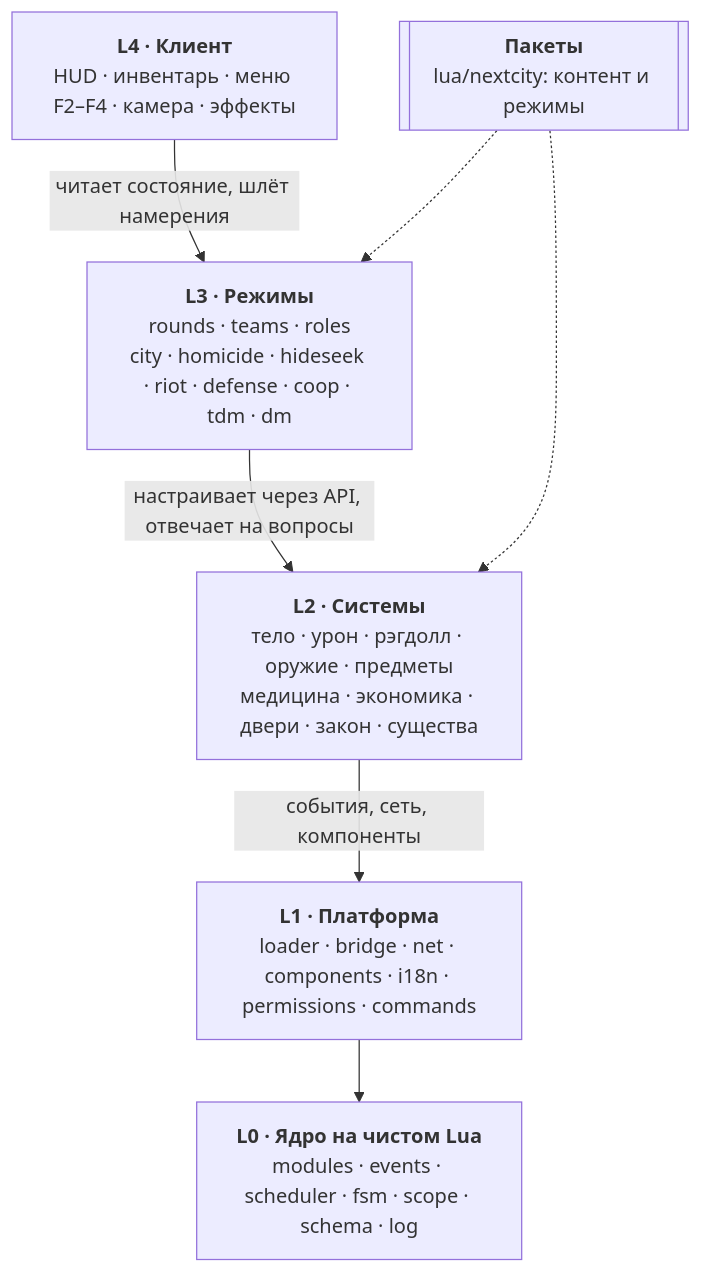
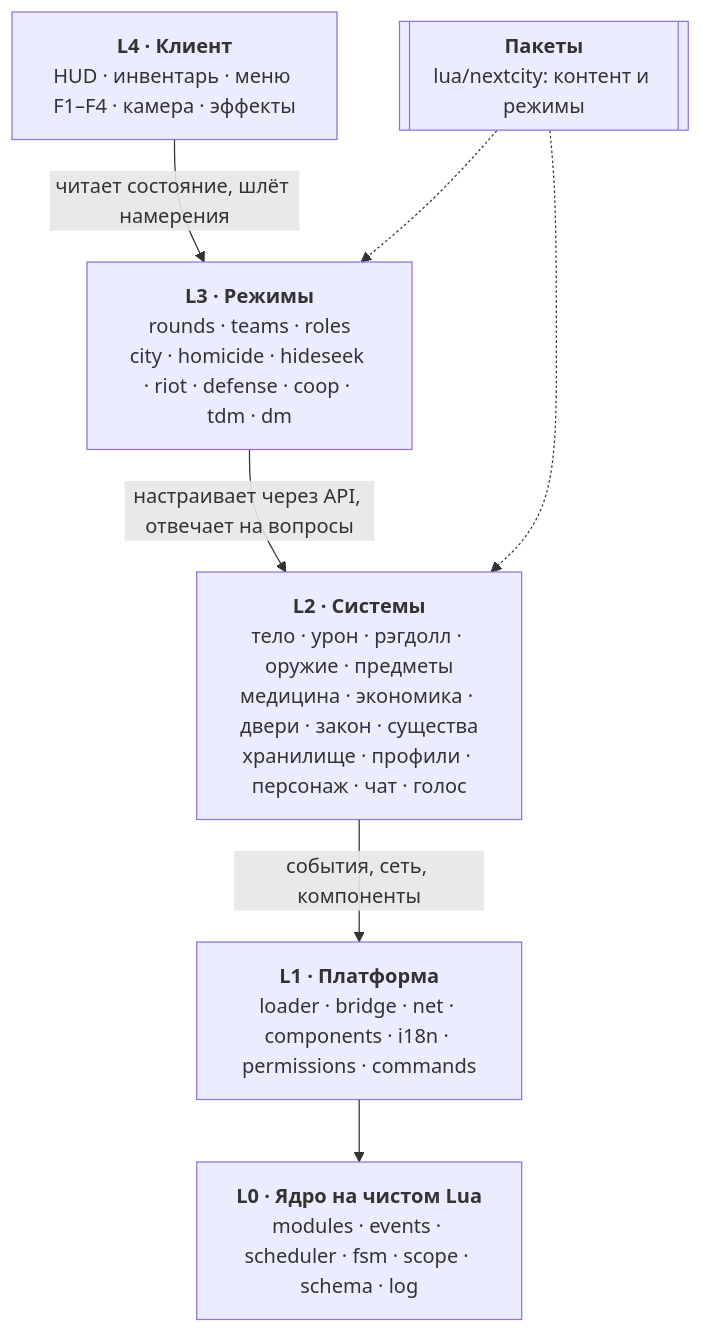
One commit to vovawees/Next-City changed the second of 4 diagrams in README.md. Above: the diagram before and after it, drawn with Mermaid. The commit also changed other lines of this file and 7 other files, not shown here.

Commit message:
docs: M8 services in README, ARCHITECTURE 0.8 (D22-D25), ROADMAP and .ai notes (Closes #36)

````diff
--- a/README.md
+++ b/README.md
@@ -221,15 +221,15 @@
 ```mermaid
 flowchart TB
-  L4["<b>L4 · Клиент</b><br/>HUD · инвентарь · меню F2–F4 · камера · эффекты"]
+  L4["<b>L4 · Клиент</b><br/>HUD · инвентарь · меню F1–F4 · камера · эффекты"]
   L3["<b>L3 · Режимы</b><br/>rounds · teams · roles<br/>city · homicide · hideseek · riot · defense · coop · tdm · dm"]
-  L2["<b>L2 · Системы</b><br/>тело · урон · рэгдолл · оружие · предметы<br/>медицина · экономика · двери · закон · существа"]
+  L2["<b>L2 · Системы</b><br/>тело · урон · рэгдолл · оружие · предметы<br/>медицина · экономика · двери · закон · существа<br/>хранилище · профили · персонаж · чат · голос"]
   L1["<b>L1 · Платформа</b><br/>loader · bridge · net · components · i18n · permissions · commands"]
   L0["<b>L0 · Ядро на чистом Lua</b><br/>modules · events · scheduler · fsm · scope · schema · log"]
   PKG[["<b>Пакеты</b><br/>lua/nextcity: контент и режимы"]]
   L4 -->|"читает состояние, шлёт намерения"| L3
   L3 -->|"настраивает через API, отвечает на вопросы"| L2
   L2 -->|"события, сеть, компоненты"| L1
   L1 --> L0
   PKG -.-> L3
   PKG -.-> L2
 ```
````
